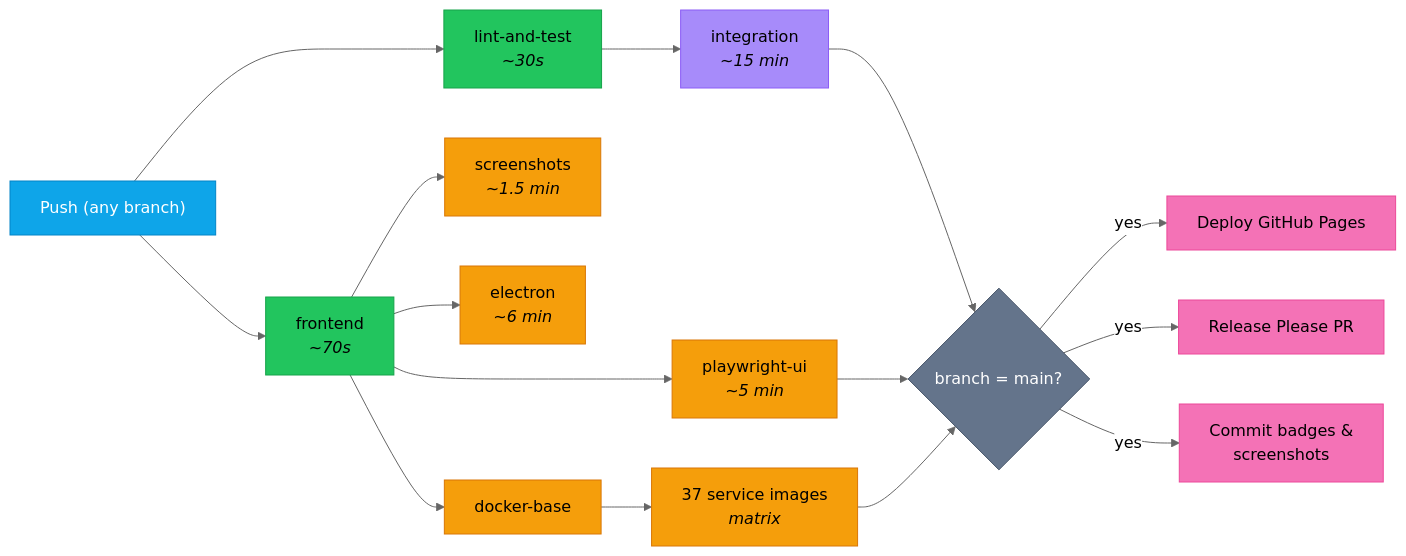
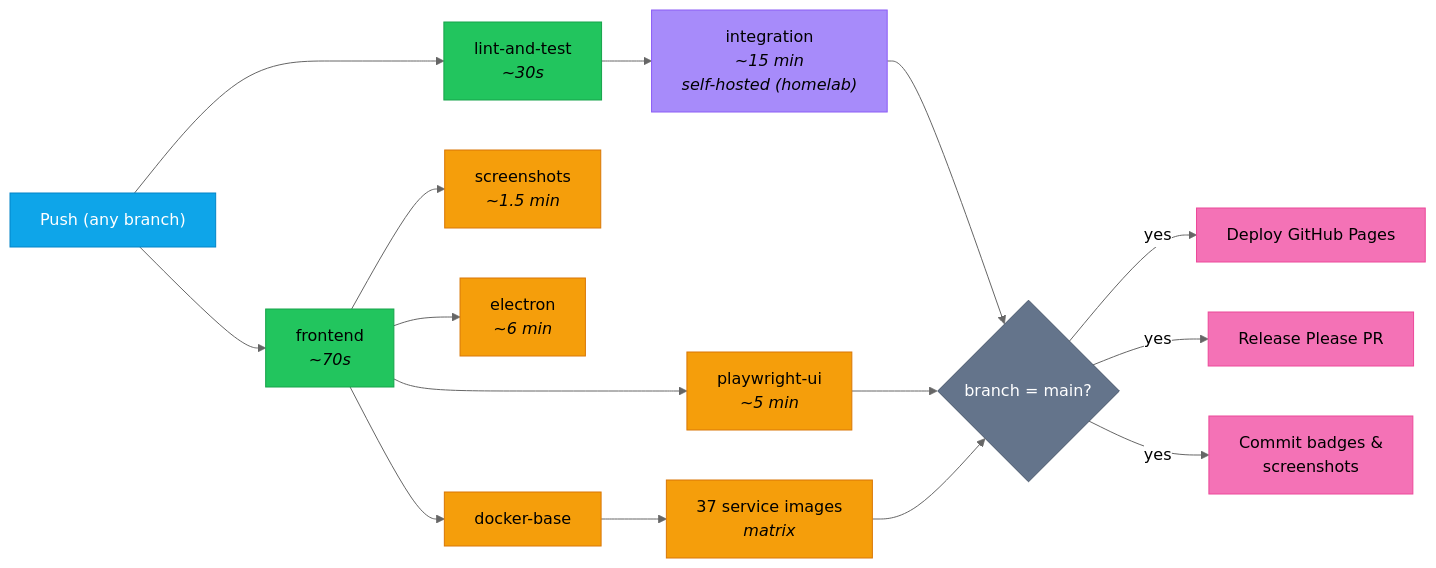
The diagram in docs/site/src/content/docs/development/ci-cd.md (milesburton/veta-trading-platform), drawn with Mermaid (neutral theme) before and after one commit. The commit also changed other lines of this file and 3 other files, not shown here.

First line of the commit message:
docs: document the homelab self-hosted CI runner (#617)

````diff
--- a/docs/site/src/content/docs/development/ci-cd.md
+++ b/docs/site/src/content/docs/development/ci-cd.md
@@ -12,31 +12,31 @@
 ```mermaid
 flowchart LR
   Push["Push (any branch)"]:::trigger
 
   Push --> Lint["lint-and-test<br/><i>~30s</i>"]:::test
   Push --> Frontend["frontend<br/><i>~70s</i>"]:::test
 
-  Lint --> Integration["integration<br/><i>~15 min</i>"]:::heavy
+  Lint --> Integration["integration<br/><i>~15 min</i><br/><i>self-hosted (homelab)</i>"]:::heavy
 
   Frontend --> Playwright["playwright-ui<br/><i>~5 min</i>"]:::parallel
   Frontend --> Screenshots["screenshots<br/><i>~1.5 min</i>"]:::parallel
   Frontend --> Electron["electron<br/><i>~6 min</i>"]:::parallel
   Frontend --> DockerBase["docker-base"]:::parallel
 
   DockerBase --> DockerMatrix["37 service images<br/><i>matrix</i>"]:::parallel
 
   Integration --> MainCheck{"branch = main?"}:::decision
   Playwright --> MainCheck
   DockerMatrix --> MainCheck
 
   MainCheck -- "yes" --> Pages["Deploy GitHub Pages"]:::deploy
   MainCheck -- "yes" --> Release["Release Please PR"]:::deploy
   MainCheck -- "yes" --> Badges["Commit badges &<br/>screenshots"]:::deploy
 
   classDef trigger fill:#0ea5e9,stroke:#0284c7,color:#fff
   classDef test fill:#22c55e,stroke:#16a34a,color:#000
   classDef heavy fill:#a78bfa,stroke:#8b5cf6,color:#000
   classDef parallel fill:#f59e0b,stroke:#d97706,color:#000
   classDef decision fill:#64748b,stroke:#475569,color:#fff
   classDef deploy fill:#f472b6,stroke:#ec4899,color:#000
 ```
````
